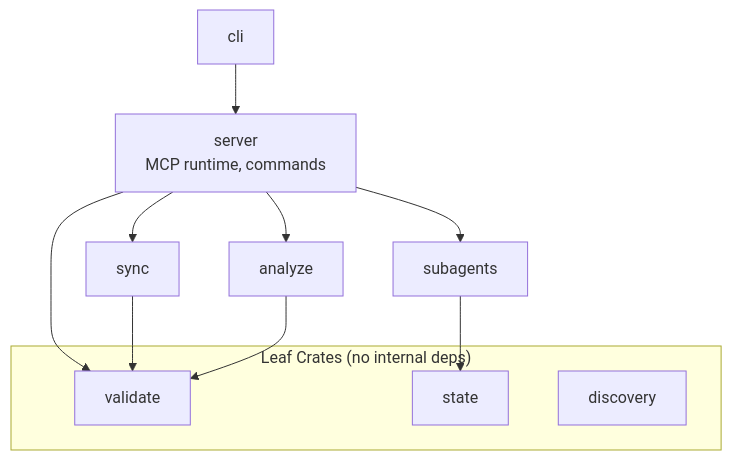
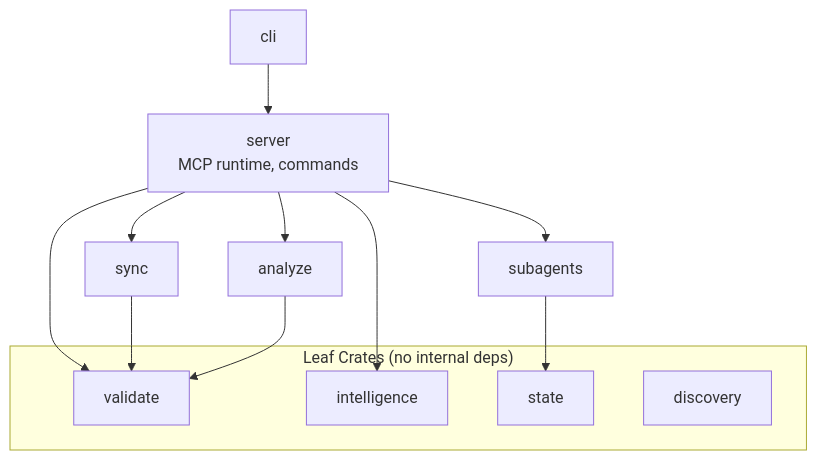
Before and after one commit to athola/skrills: the second of 2 diagrams in docs/architecture.md, drawn with Mermaid. The commit also changed other lines of this file and 58 other files, not shown here.

````diff
--- a/docs/architecture.md
+++ b/docs/architecture.md
@@ -22,17 +22,19 @@
 ```mermaid
 graph TD
     cli[cli] --> server[server<br/>MCP runtime, commands]
     server --> sync[sync]
     server --> validate[validate]
     server --> analyze[analyze]
+    server --> intelligence[intelligence]
     server --> subagents[subagents]
     sync --> validate
     analyze --> validate
     subagents --> state[state]
 
     subgraph leaf["Leaf Crates (no internal deps)"]
         discovery[discovery]
+        intelligence
         state
         validate
     end
 ```
````
